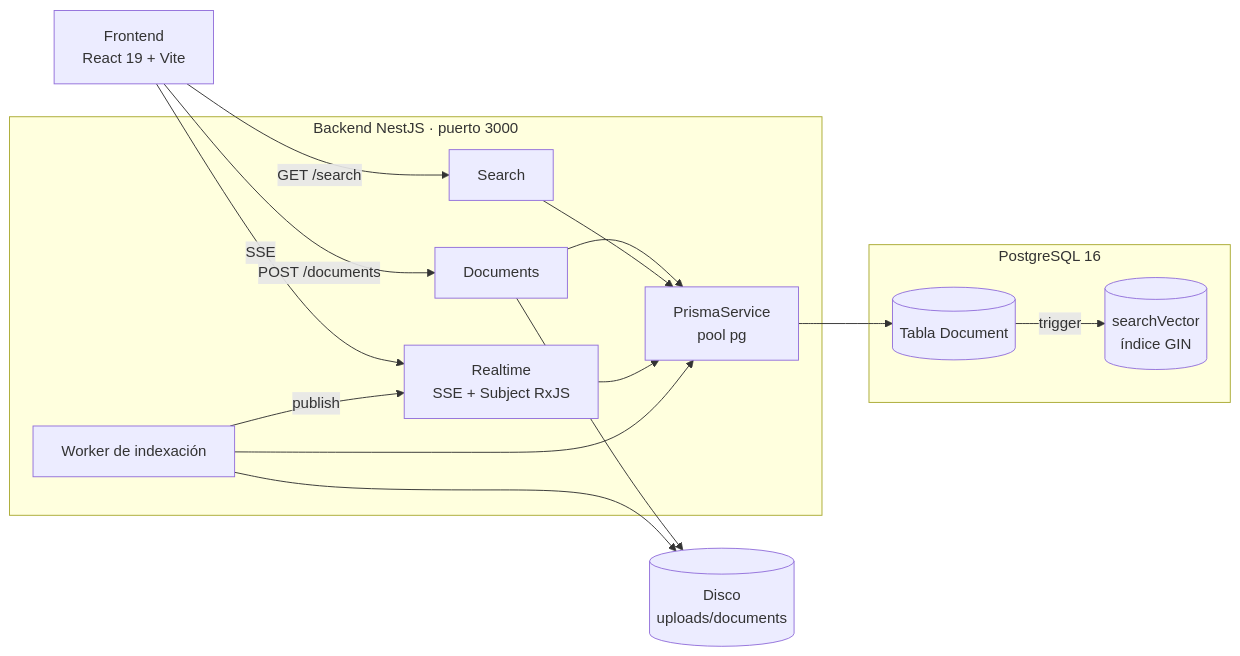
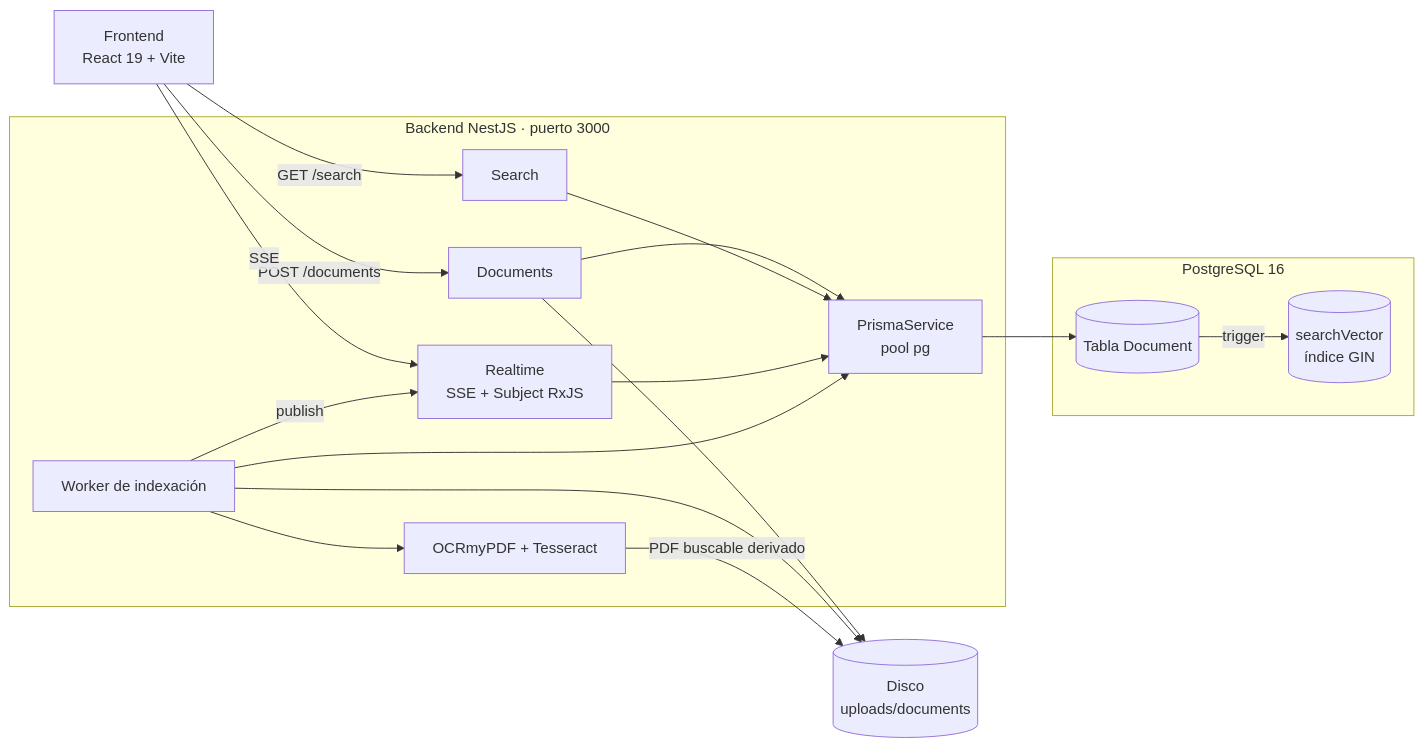
The first of 4 diagrams in docs/architecture.md (danseb93/davivienda-test), drawn with Mermaid before and after one commit. The commit also changed other lines of this file and 24 other files, not shown here.

````diff
--- a/docs/architecture.md
+++ b/docs/architecture.md
@@ -15,35 +15,38 @@
 ```mermaid
 flowchart LR
     FE["Frontend<br/>React 19 + Vite"]
 
     subgraph API["Backend NestJS · puerto 3000"]
         DOC["Documents"]
         SRCH["Search"]
         RT["Realtime<br/>SSE + Subject RxJS"]
         IDX["Worker de indexación"]
+        OCR["OCRmyPDF + Tesseract"]
         PRISMA["PrismaService<br/>pool pg"]
     end
 
     DISK[("Disco<br/>uploads/documents")]
 
     subgraph PG["PostgreSQL 16"]
         TBL[("Tabla Document")]
         TS[("searchVector<br/>índice GIN")]
     end
 
     FE -->|POST /documents| DOC
     FE -->|GET /search| SRCH
     FE -->|SSE| RT
 
     DOC --> PRISMA
     SRCH --> PRISMA
     RT --> PRISMA
     IDX --> PRISMA
     IDX -->|publish| RT
+    IDX --> OCR
 
     DOC --> DISK
     IDX --> DISK
+    OCR -->|PDF buscable derivado| DISK
 
     PRISMA --> TBL
     TBL -->|trigger| TS
 ```
````
